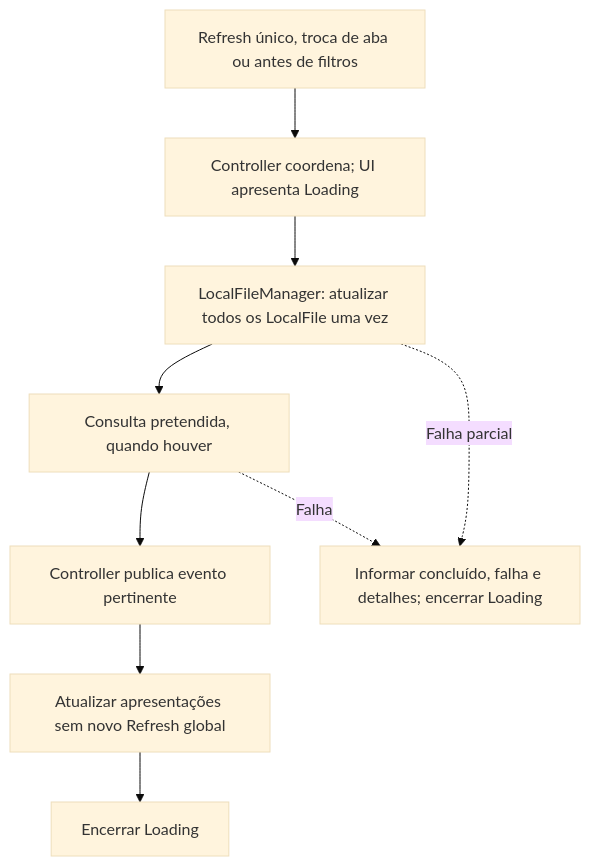
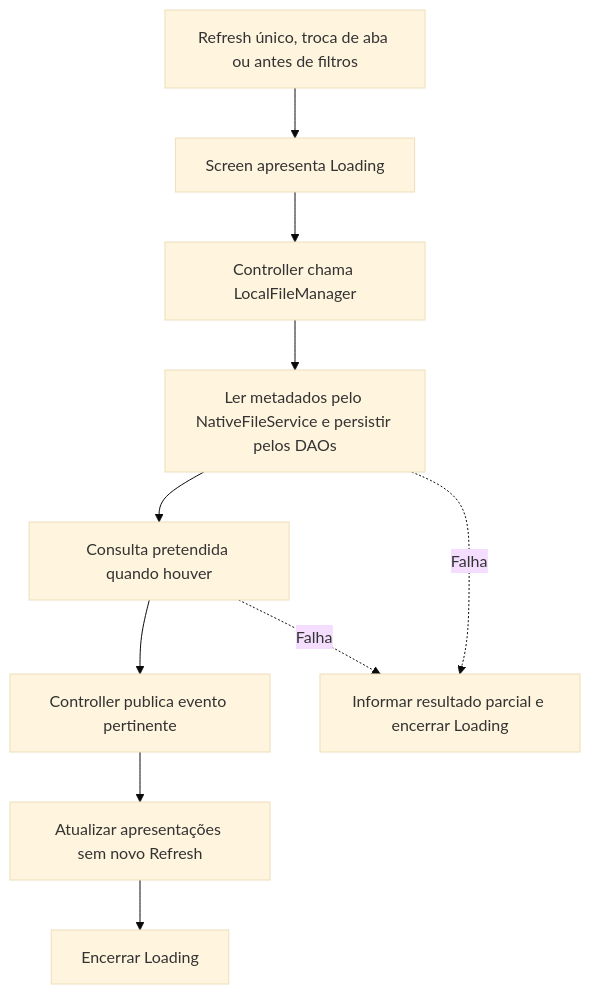
One commit to ARS1802/tag-file changed the third of 3 diagrams in doc/arquitetura-e-padroes.md. Above: the diagram before and after it, drawn with Mermaid (base theme). The commit also changed other lines of this file and 13 other files, not shown here.

````diff
--- a/doc/arquitetura-e-padroes.md
+++ b/doc/arquitetura-e-padroes.md
@@ -279,11 +346,12 @@
 ```mermaid
 flowchart TD
-    G["Refresh único, troca de aba ou antes de filtros"] --> C["Controller coordena; UI apresenta Loading"]
-    C --> M["LocalFileManager: atualizar todos os LocalFile uma vez"]
-    M --> Q["Consulta pretendida, quando houver"]
+    G["Refresh único, troca de aba ou antes de filtros"] --> L["Screen apresenta Loading"]
+    L --> C["Controller chama LocalFileManager"]
+    C --> M["Ler metadados pelo NativeFileService e persistir pelos DAOs"]
+    M --> Q["Consulta pretendida quando houver"]
     Q --> E["Controller publica evento pertinente"]
-    E --> V["Atualizar apresentações sem novo Refresh global"]
+    E --> V["Atualizar apresentações sem novo Refresh"]
     V --> F["Encerrar Loading"]
-    M -.->|"Falha parcial"| R["Informar concluído, falha e detalhes; encerrar Loading"]
-    Q -.->|"Falha"| R
+    M -.->|"Falha"| X["Informar resultado parcial e encerrar Loading"]
+    Q -.->|"Falha"| X
 ```
````
